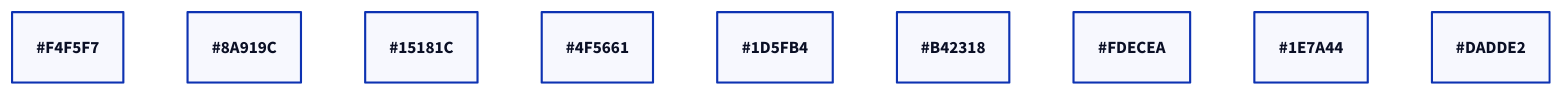
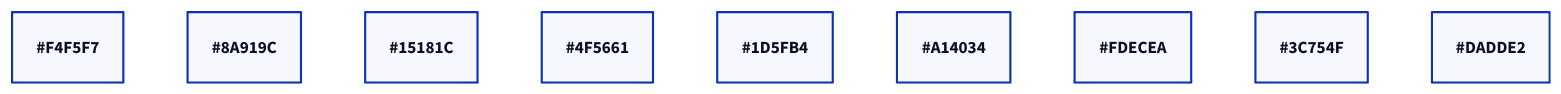
The diagram in docs/diagrams/theme-light.d2 (sohan-bhat/OpenHAL), drawn with D2 before and after one commit. The commit also changed 23 other files, not shown here.

First line of the commit message:
build(diagrams): draw the diagrams in the dulled green and red

```diff
--- a/docs/diagrams/theme-light.d2
+++ b/docs/diagrams/theme-light.d2
@@ -1,9 +1,9 @@
 surface: "#F4F5F7"
 line: "#8A919C"
 text: "#15181C"
 text2: "#4F5661"
 accent: "#1D5FB4"
-blocked: "#B42318"
+blocked: "#A14034"
 blocked-fill: "#FDECEA"
-ok: "#1E7A44"
+ok: "#3C754F"
 border: "#DADDE2"
```
